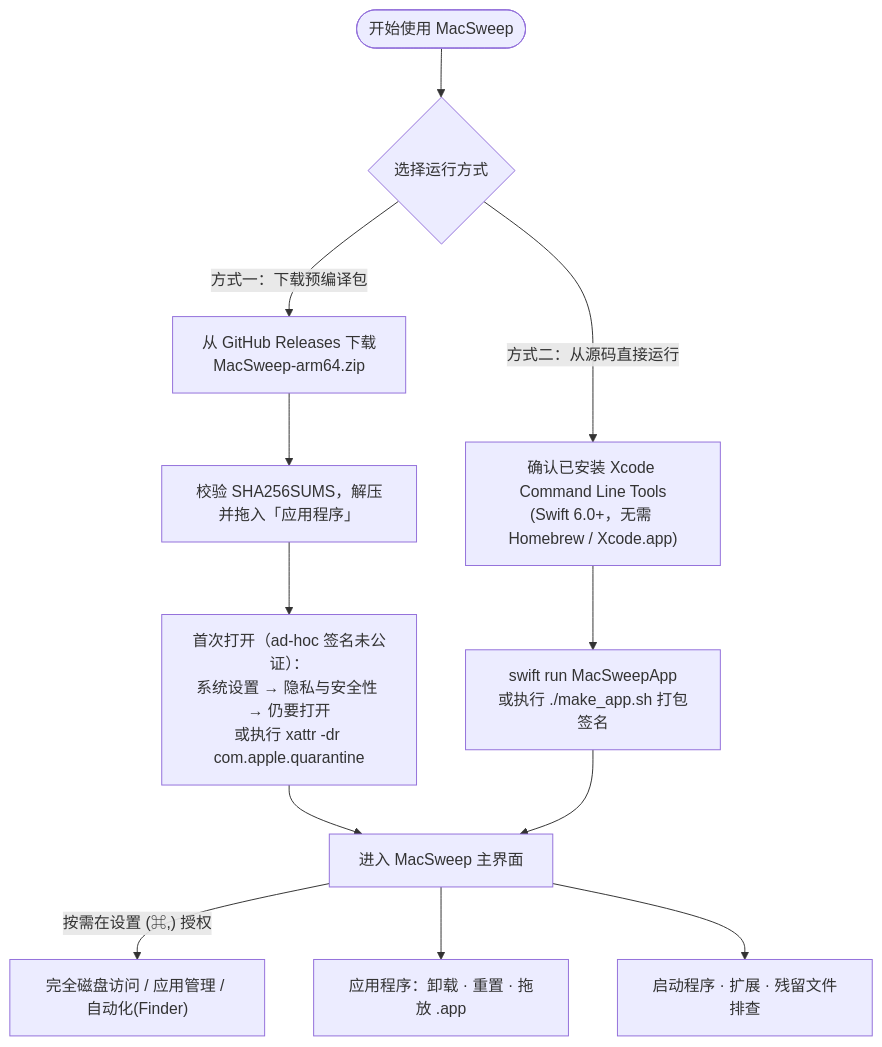
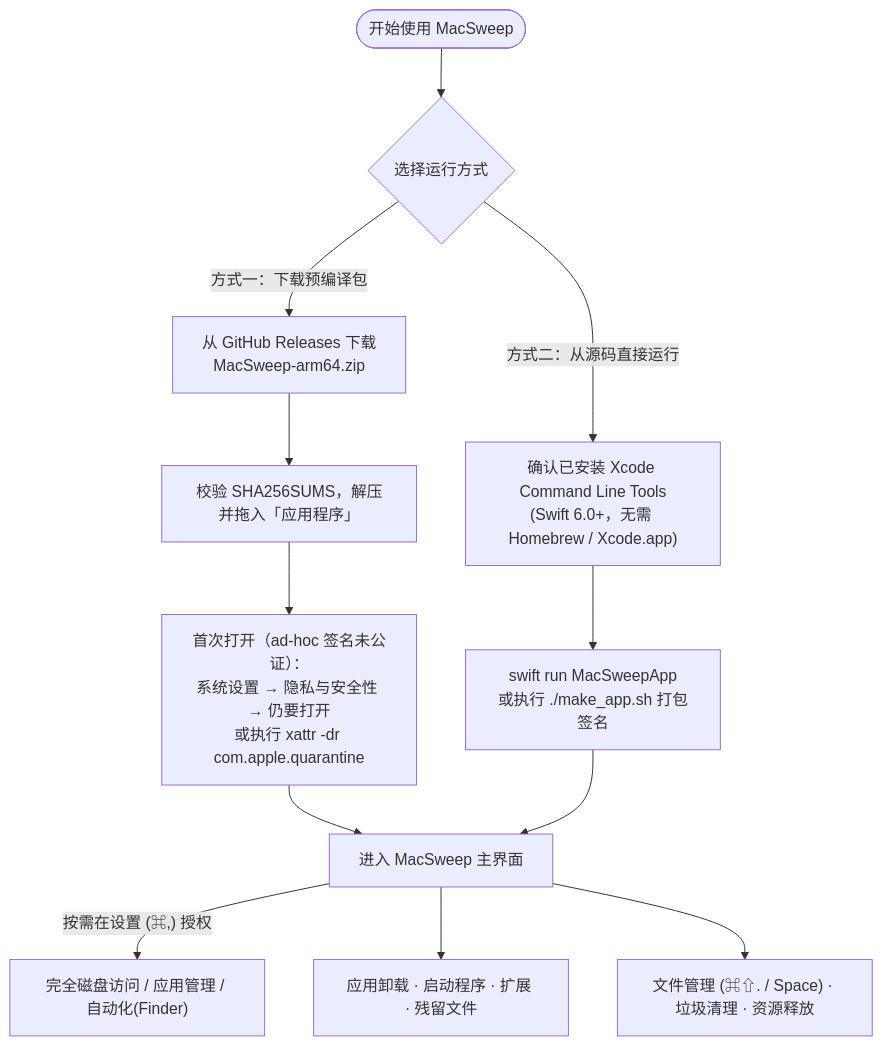
The first of 2 diagrams in README.md (ChingYung717/MacSweep), drawn with Mermaid before and after one commit. The commit also changed other lines of this file and 80 other files, not shown here.

````diff
--- a/README.md
+++ b/README.md
@@ -80,14 +171,14 @@
 ```mermaid
 flowchart TD
     S(["开始使用 MacSweep"]) --> Q{"选择运行方式"}
     Q -->|"方式一：下载预编译包"| R1["从 GitHub Releases 下载\nMacSweep-arm64.zip"]
     R1 --> R2["校验 SHA256SUMS，解压并拖入「应用程序」"]
     R2 --> R3["首次打开（ad-hoc 签名未公证）：\n系统设置 → 隐私与安全性 → 仍要打开\n或执行 xattr -dr com.apple.quarantine"]
     Q -->|"方式二：从源码直接运行"| B1["确认已安装 Xcode Command Line Tools\n(Swift 6.0+，无需 Homebrew / Xcode.app)"]
     B1 --> B2["swift run MacSweepApp\n或执行 ./make_app.sh 打包签名"]
     R3 --> W["进入 MacSweep 主界面"]
     B2 --> W
     W -->|"按需在设置 (⌘,) 授权"| P["完全磁盘访问 / 应用管理 / 自动化(Finder)"]
-    W --> T1["应用程序：卸载 · 重置 · 拖放 .app"]
-    W --> T2["启动程序 · 扩展 · 残留文件排查"]
+    W --> T1["应用卸载 · 启动程序 · 扩展 · 残留文件"]
+    W --> T2["文件管理 (⌘⇧. / Space) · 垃圾清理 · 资源释放"]
 ```
````
